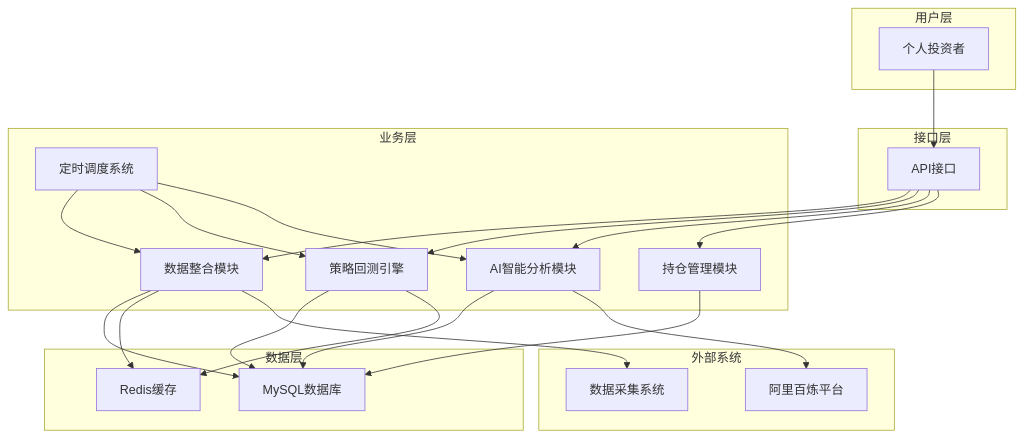
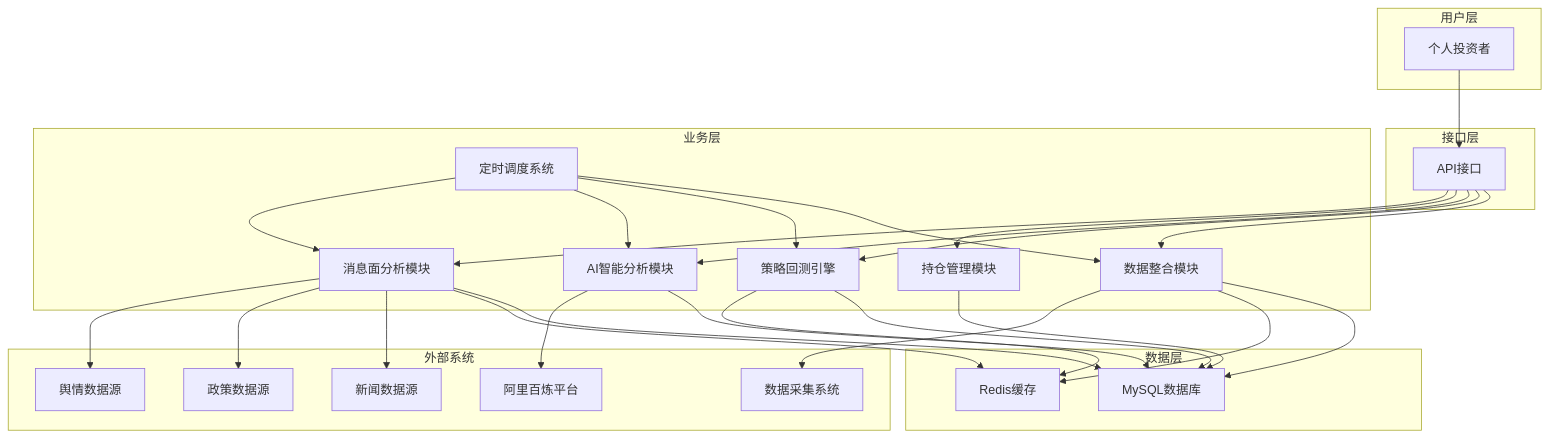
One commit to Casper-Mars/trading changed the first of 7 diagrams in .trae/documents/quantitative_system_prd.md. Above: the diagram before and after it, drawn with Mermaid. The commit also changed other lines of this file and 2 other files, not shown here.

````diff
--- a/.trae/documents/quantitative_system_prd.md
+++ b/.trae/documents/quantitative_system_prd.md
@@ -359,50 +380,61 @@
 ```mermaid
 graph TB
     subgraph "用户层"
         A[个人投资者]
     end
     
     subgraph "接口层"
         B[API接口]
     end
     
     subgraph "业务层"
         C[数据整合模块]
         D[策略回测引擎]
         E[AI智能分析模块]
         G[定时调度系统]
         H[持仓管理模块]
+        M[消息面分析模块]
     end
     
     subgraph "数据层"
         I[MySQL数据库]
         J[Redis缓存]
     end
     
     subgraph "外部系统"
         K[数据采集系统]
         L[阿里百炼平台]
+        N[新闻数据源]
+        O[政策数据源]
+        P[舆情数据源]
     end
     
     A --> B
     
     B --> C
     B --> D
     B --> E
     B --> H
+    B --> M
     
     G --> C
     G --> D
     G --> E
+    G --> M
     
     C --> I
     D --> I
     E --> I
     H --> I
+    M --> I
     
     C --> J
     D --> J
+    M --> J
     
     C --> K
     E --> L
+    M --> N
+    M --> O
+    M --> P
 ```
````
